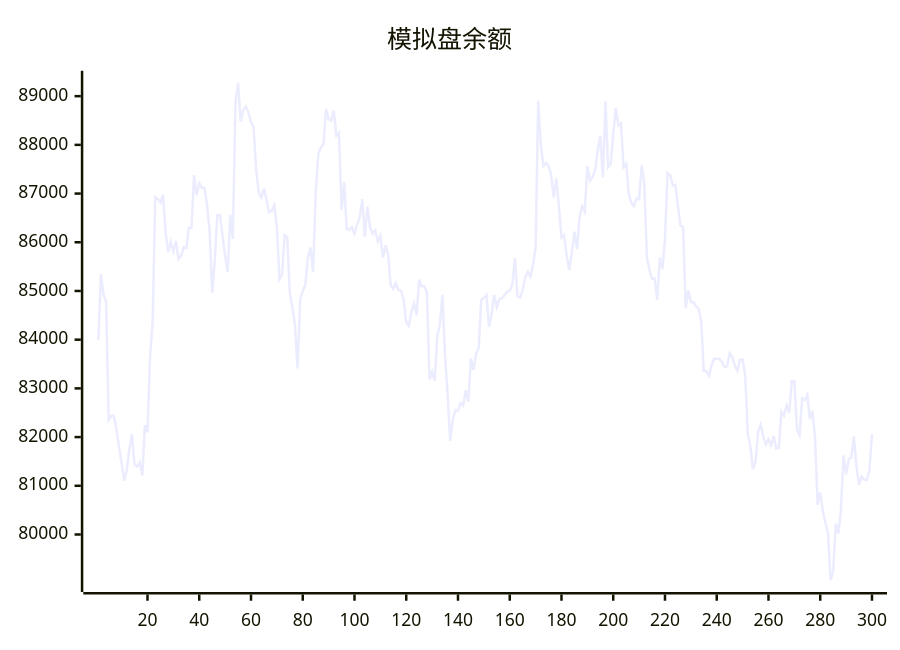
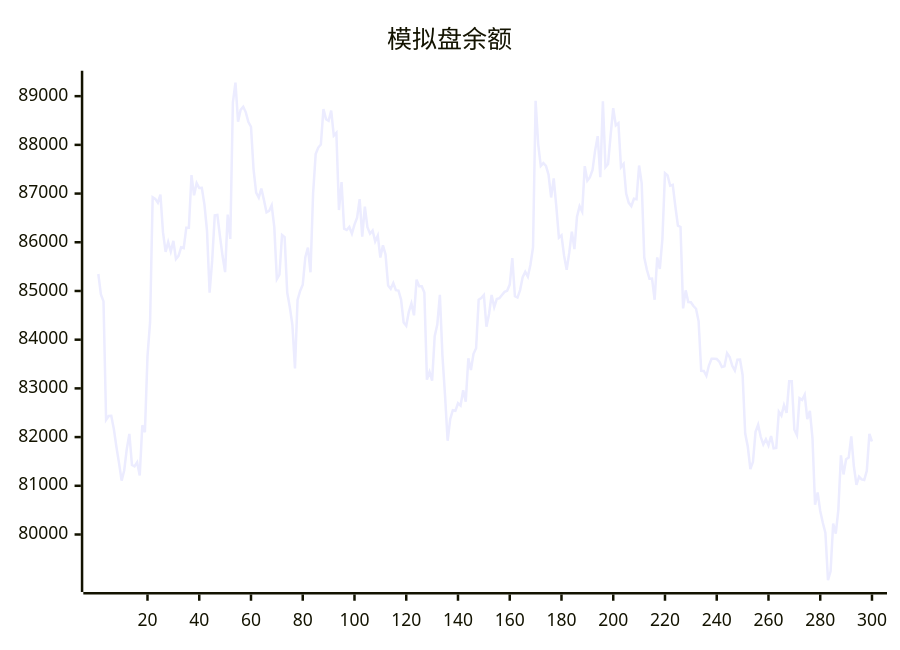
The diagram in README.md (aahl/ai-trading), drawn with Mermaid before and after one commit. The commit also changed other lines of this file and 1 other file, not shown here.

````diff
--- a/README.md
+++ b/README.md
@@ -5,5 +5,5 @@
 ```mermaid
 xychart
     title "模拟盘余额"
-    line [83987,85348,84930,84786,82355,82433,82438,82167,81795,81466,81105,81315,81756,82064,81426,81398,81481,81210,82242,82099,83658,84359,86925,86892,86814,86980,86203,85802,86003,85811,86028,85657,85721,85896,85880,86300,86299,87378,86965,87214,87115,87118,86780,86238,84966,85623,86555,86562,86129,85722,85387,86569,86070,88870,89278,88477,88720,88781,88668,88467,88372,87493,87018,86917,87102,86870,86613,86644,86758,86317,85242,85334,86149,86106,84968,84671,84302,83410,84816,85001,85127,85693,85891,85384,87001,87811,87945,88007,88734,88528,88495,88705,88189,88248,86662,87234,86279,86251,86314,86177,86364,86503,86886,86114,86731,86310,86176,86240,86017,86136,85685,85938,85749,85111,85044,85164,85016,85008,84824,84354,84287,84572,84745,84500,85234,85096,85095,84970,83180,83338,83157,84070,84309,84922,83667,82850,81924,82369,82552,82539,82695,82648,82962,82728,83619,83378,83710,83825,84819,84854,84917,84265,84527,84919,84668,84834,84850,84916,84981,85004,85131,85674,84891,84864,85019,85284,85393,85294,85538,85894,88904,88012,87567,87625,87568,87386,86920,87313,86737,86094,86143,85725,85437,85787,86219,85859,86526,86740,86630,87563,87264,87335,87483,87886,88180,87335,88894,87544,87608,88207,88755,88401,88444,87543,87608,87000,86810,86740,86894,86884,87576,87209,85686,85435,85251,85255,84820,85689,85453,86066,87420,87373,87161,87178,86740,86341,86315,84643,85012,84772,84768,84690,84635,84376,83360,83357,83259,83474,83608,83606,83602,83548,83440,83454,83724,83644,83464,83365,83590,83592,83275,82072,81806,81344,81492,82109,82254,82006,81848,81955,81829,82022,81769,81776,82522,82441,82656,82498,83144,83144,82150,82038,82797,82763,82872,82367,82536,81981,80612,80862,80484,80242,80034,79063,79245,80226,80016,80507,81625,81233,81544,81578,82016,81401,81019,81186,81130,81118,81306,82066]
+    line [85348,84930,84786,82355,82433,82438,82167,81795,81466,81105,81315,81756,82064,81426,81398,81481,81210,82242,82099,83658,84359,86925,86892,86814,86980,86203,85802,86003,85811,86028,85657,85721,85896,85880,86300,86299,87378,86965,87214,87115,87118,86780,86238,84966,85623,86555,86562,86129,85722,85387,86569,86070,88870,89278,88477,88720,88781,88668,88467,88372,87493,87018,86917,87102,86870,86613,86644,86758,86317,85242,85334,86149,86106,84968,84671,84302,83410,84816,85001,85127,85693,85891,85384,87001,87811,87945,88007,88734,88528,88495,88705,88189,88248,86662,87234,86279,86251,86314,86177,86364,86503,86886,86114,86731,86310,86176,86240,86017,86136,85685,85938,85749,85111,85044,85164,85016,85008,84824,84354,84287,84572,84745,84500,85234,85096,85095,84970,83180,83338,83157,84070,84309,84922,83667,82850,81924,82369,82552,82539,82695,82648,82962,82728,83619,83378,83710,83825,84819,84854,84917,84265,84527,84919,84668,84834,84850,84916,84981,85004,85131,85674,84891,84864,85019,85284,85393,85294,85538,85894,88904,88012,87567,87625,87568,87386,86920,87313,86737,86094,86143,85725,85437,85787,86219,85859,86526,86740,86630,87563,87264,87335,87483,87886,88180,87335,88894,87544,87608,88207,88755,88401,88444,87543,87608,87000,86810,86740,86894,86884,87576,87209,85686,85435,85251,85255,84820,85689,85453,86066,87420,87373,87161,87178,86740,86341,86315,84643,85012,84772,84768,84690,84635,84376,83360,83357,83259,83474,83608,83606,83602,83548,83440,83454,83724,83644,83464,83365,83590,83592,83275,82072,81806,81344,81492,82109,82254,82006,81848,81955,81829,82022,81769,81776,82522,82441,82656,82498,83144,83144,82150,82038,82797,82763,82872,82367,82536,81981,80612,80862,80484,80242,80034,79063,79245,80226,80016,80507,81625,81233,81544,81578,82016,81401,81019,81186,81130,81118,81306,82066,81909]
 ```
````
